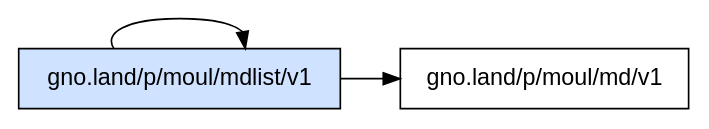
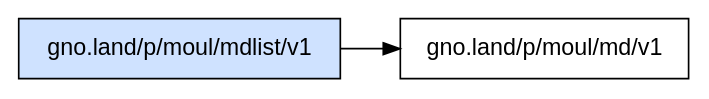
Before and after one commit to moul/gno-contracts: the diagram in _assets/gno.land/p/moul/mdlist/v1/deps.dot, drawn with Graphviz. The commit also changed 18 other files, not shown here.

```diff
--- a/_assets/gno.land/p/moul/mdlist/v1/deps.dot
+++ b/_assets/gno.land/p/moul/mdlist/v1/deps.dot
@@ -1,7 +1,6 @@
 digraph deps {
   rankdir=LR;
   node [shape=box, fontname="sans-serif"];
   "gno.land/p/moul/mdlist/v1" [style=filled, fillcolor="#cfe2ff"];
   "gno.land/p/moul/mdlist/v1" -> "gno.land/p/moul/md/v1";
-  "gno.land/p/moul/mdlist/v1" -> "gno.land/p/moul/mdlist/v1";
 }
```
